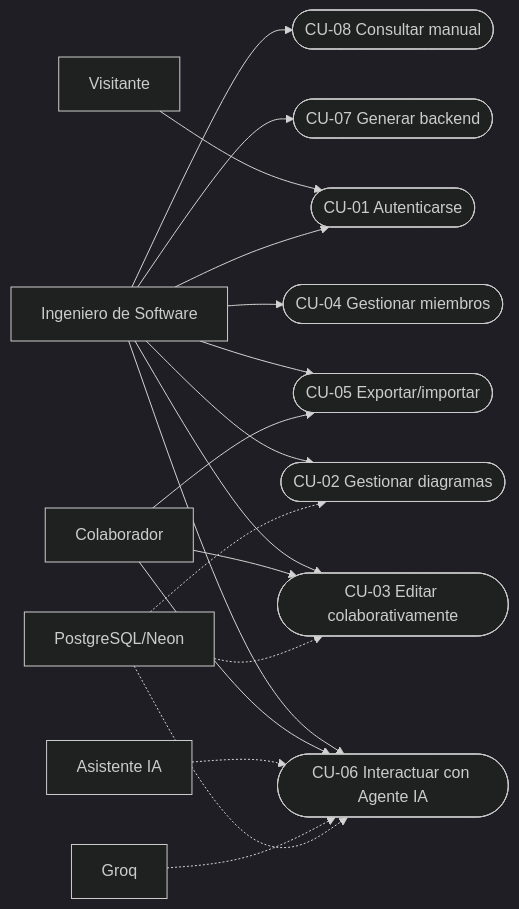
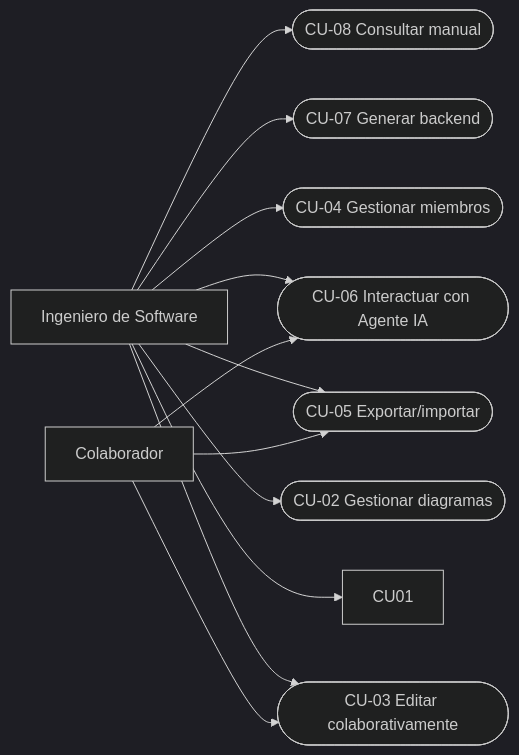
One commit to juandani11/case-tool-colaborativo changed the first of 12 diagrams in Documentacion_Segundo_Parcial/01_Requisitos_y_Proceso.md. Above: the diagram before and after it, drawn with Mermaid (dark theme). The commit also changed other lines of this file and 20 other files, not shown here.

````diff
--- a/Documentacion_Segundo_Parcial/01_Requisitos_y_Proceso.md
+++ b/Documentacion_Segundo_Parcial/01_Requisitos_y_Proceso.md
@@ -62,20 +61,14 @@
 ```mermaid
 flowchart LR
-    V["Visitante"] --> CU01(["CU-01 Autenticarse"])
     I["Ingeniero de Software"] --> CU01
     I --> CU02(["CU-02 Gestionar diagramas"])
     I --> CU03(["CU-03 Editar colaborativamente"])
     I --> CU04(["CU-04 Gestionar miembros"])
     I --> CU05(["CU-05 Exportar/importar"])
     I --> CU06(["CU-06 Interactuar con Agente IA"])
     I --> CU07(["CU-07 Generar backend"])
     I --> CU08(["CU-08 Consultar manual"])
     C["Colaborador"] --> CU03
     C --> CU05
     C --> CU06
-    IA["Asistente IA"] -.-> CU06
-    G["Groq"] -.-> CU06
-    DB["PostgreSQL/Neon"] -.-> CU02
-    DB -.-> CU03
-    DB -.-> CU06
 ```
````
